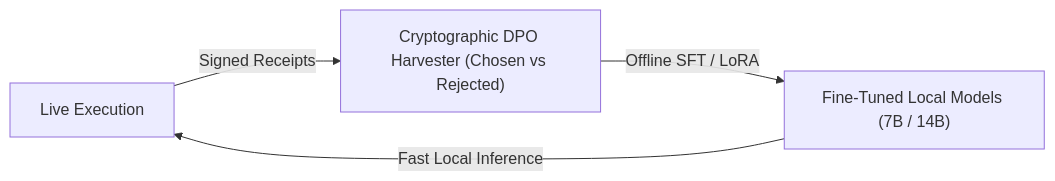
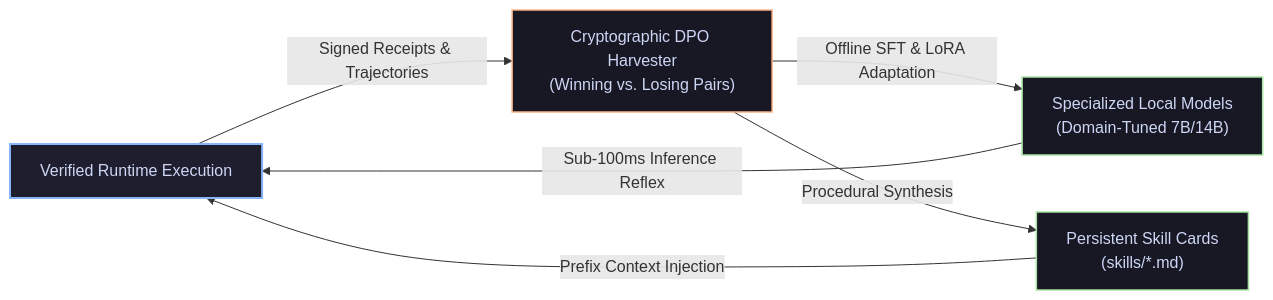
One commit to brainopensource/cognitive-framework changed the third of 3 diagrams in docs/01_executive/vision.md. Above: the diagram before and after it, drawn with Mermaid. The commit also changed other lines of this file and 6 other files, not shown here.

````diff
--- a/docs/01_executive/vision.md
+++ b/docs/01_executive/vision.md
@@ -136,6 +299,13 @@
 ```mermaid
 flowchart LR
-    A["Live Execution"] -->|Signed Receipts| B["Cryptographic DPO Harvester (Chosen vs Rejected)"]
-    B -->|Offline SFT / LoRA| C["Fine-Tuned Local Models (7B / 14B)"]
-    C -->|Fast Local Inference| A
+    A["Verified Runtime Execution"] -->|Signed Receipts & Trajectories| B["Cryptographic DPO Harvester<br>(Winning vs. Losing Pairs)"]
+    B -->|Offline SFT & LoRA Adaptation| C["Specialized Local Models<br>(Domain-Tuned 7B/14B)"]
+    C -->|Sub-100ms Inference Reflex| A
+    B -->|Procedural Synthesis| D["Persistent Skill Cards<br>(skills/*.md)"]
+    D -->|Prefix Context Injection| A
+
+    style A fill:#1e1e2e,stroke:#89b4fa,stroke-width:2px,color:#cdd6f4
+    style B fill:#181825,stroke:#fab387,stroke-width:1.5px,color:#cdd6f4
+    style C fill:#181825,stroke:#a6e3a1,stroke-width:1.5px,color:#cdd6f4
+    style D fill:#181825,stroke:#a6e3a1,stroke-width:1.5px,color:#cdd6f4
 ```
````
